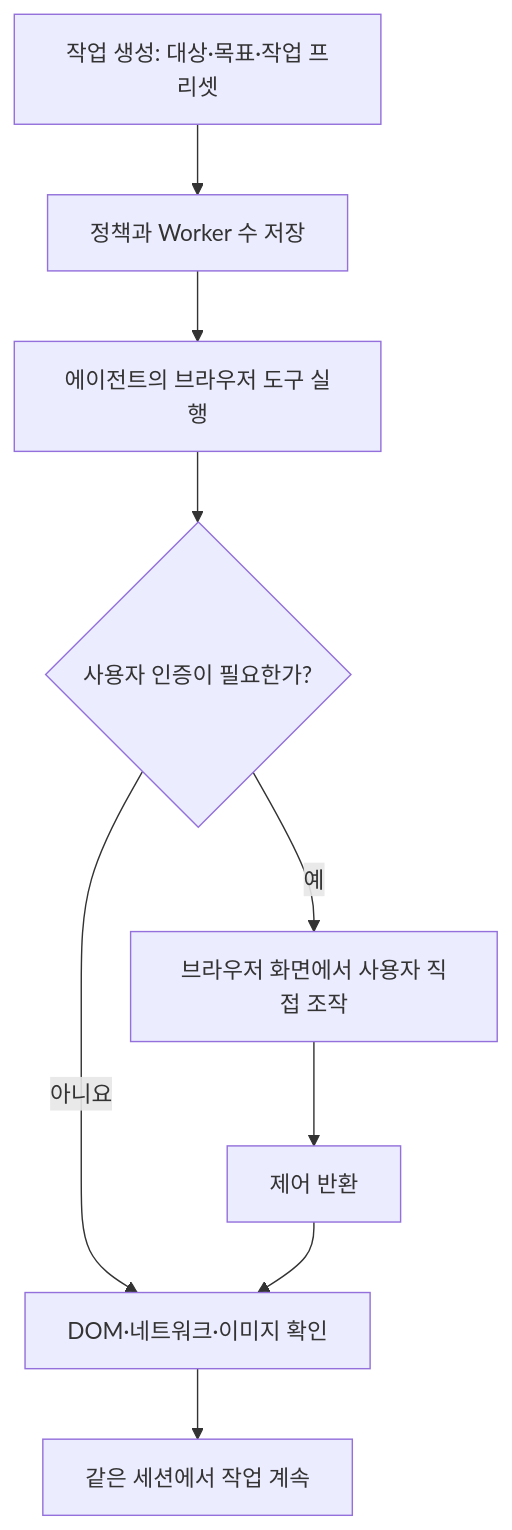
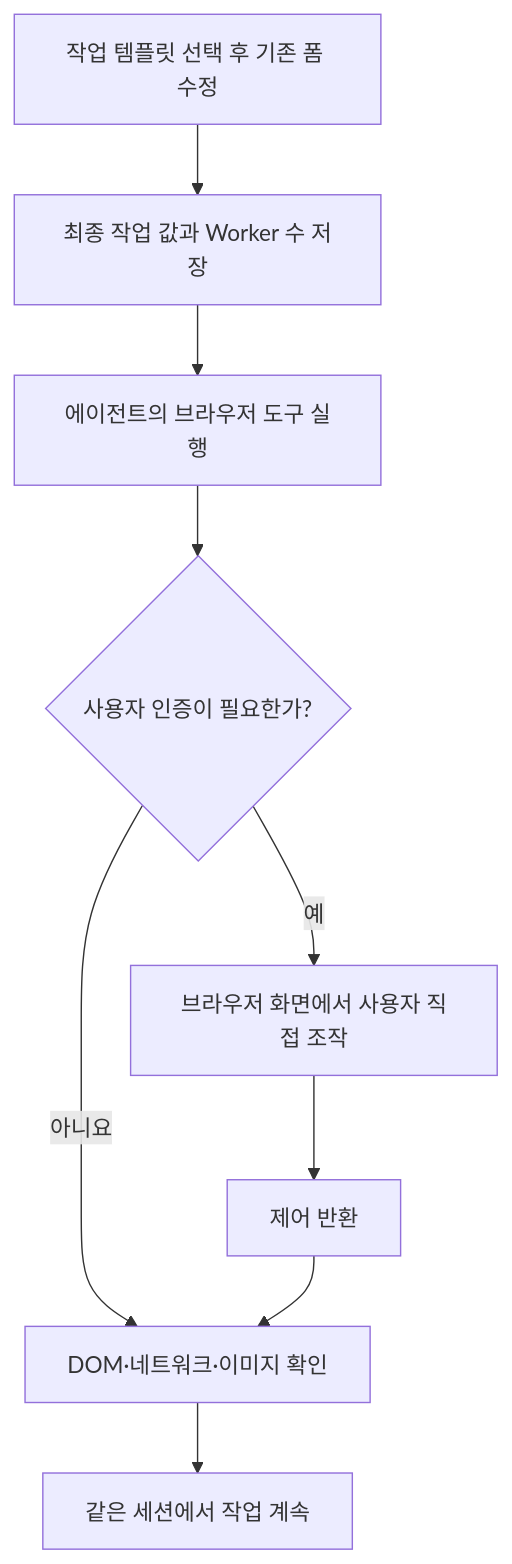
One commit to KMINGON/Artex-on-ChatGPT changed the diagram in docs/browser-and-presets.md. Above: the diagram before and after it, drawn with Mermaid. The commit also changed other lines of this file and 50 other files, not shown here.

````diff
--- a/docs/browser-and-presets.md
+++ b/docs/browser-and-presets.md
@@ -5,11 +5,11 @@
 ```mermaid
 flowchart TD
-    A[작업 생성: 대상·목표·작업 프리셋] --> B[정책과 Worker 수 저장]
+    A[작업 템플릿 선택 후 기존 폼 수정] --> B[최종 작업 값과 Worker 수 저장]
     B --> C[에이전트의 브라우저 도구 실행]
     C --> D{사용자 인증이 필요한가?}
     D -->|아니요| G[DOM·네트워크·이미지 확인]
     D -->|예| E[브라우저 화면에서 사용자 직접 조작]
     E --> F[제어 반환]
     F --> G
     G --> H[같은 세션에서 작업 계속]
 ```
````
